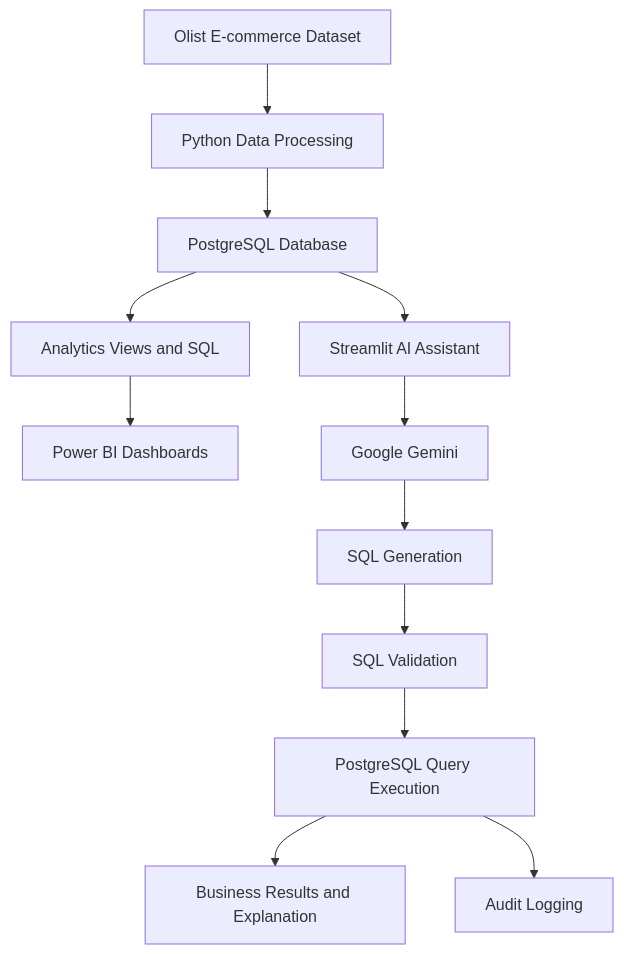
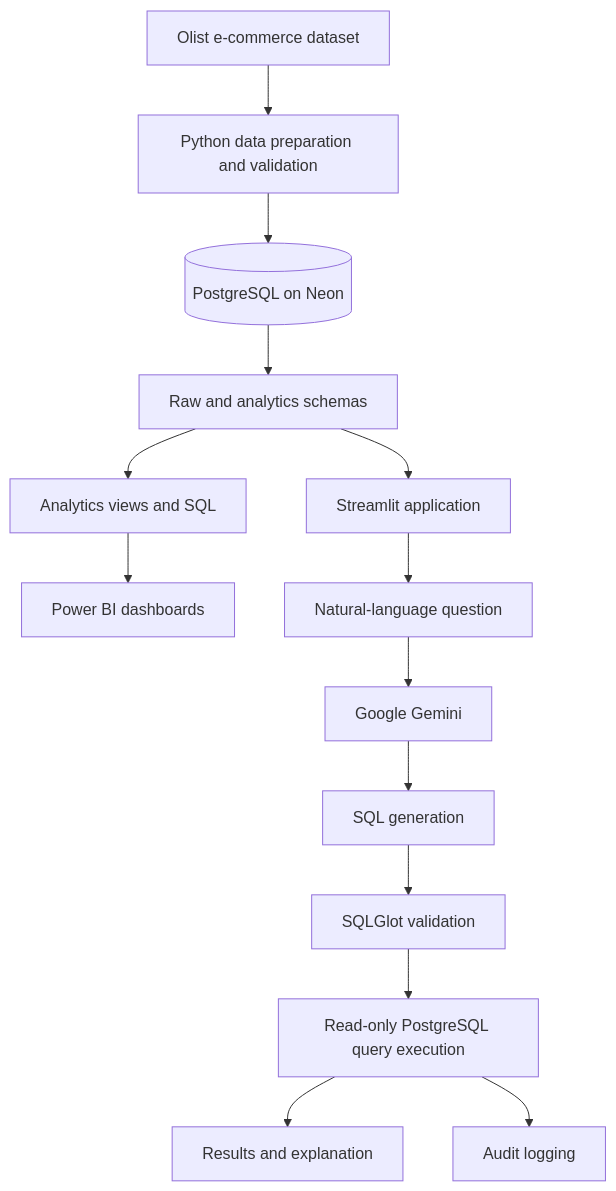
Before and after one commit to tabishahmad17/TrustLens: the diagram in README.md, drawn with Mermaid. The commit also changed other lines of this file, not shown here.

````diff
--- a/README.md
+++ b/README.md
@@ -64,14 +79,16 @@
-```mermaid
+~~~mermaid
 flowchart TD
-    A["Olist E-commerce Dataset"] --> B["Python Data Processing"]
-    B --> C["PostgreSQL Database"]
-    C --> D["Analytics Views and SQL"]
-    D --> E["Power BI Dashboards"]
-    C --> F["Streamlit AI Assistant"]
-    F --> G["Google Gemini"]
-    G --> H["SQL Generation"]
-    H --> I["SQL Validation"]
-    I --> J["PostgreSQL Query Execution"]
-    J --> K["Business Results and Explanation"]
-    J --> L["Audit Logging"]
-```
+    A["Olist e-commerce dataset"] --> B["Python data preparation and validation"]
+    B --> C[("PostgreSQL on Neon")]
+    C --> D["Raw and analytics schemas"]
+    D --> E["Analytics views and SQL"]
+    E --> F["Power BI dashboards"]
+    D --> G["Streamlit application"]
+    G --> H["Natural-language question"]
+    H --> I["Google Gemini"]
+    I --> J["SQL generation"]
+    J --> K["SQLGlot validation"]
+    K --> L["Read-only PostgreSQL query execution"]
+    L --> M["Results and explanation"]
+    L --> N["Audit logging"]
+~~~
````
